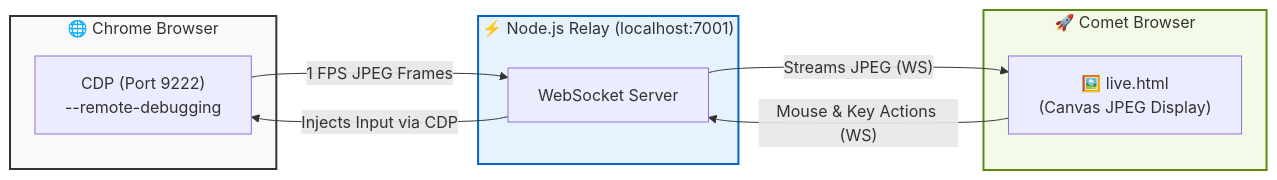
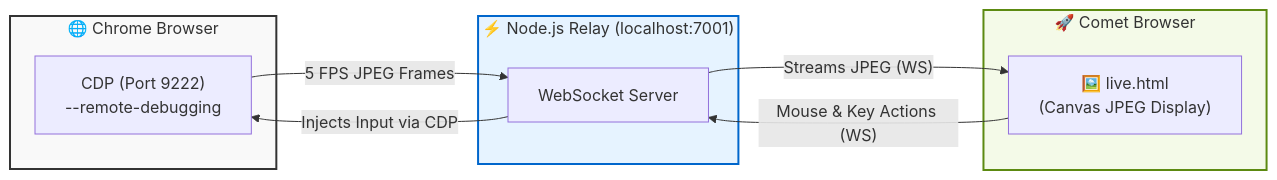
Before and after one commit to eonist/pplx-bridge: the diagram in README.md, drawn with Mermaid. The commit also changed other lines of this file, not shown here.

Commit message:
docs: fix FPS, action types, project structure, demo gif, remove non-existent scripts

````diff
--- a/README.md
+++ b/README.md
@@ -44,23 +43,23 @@
 ```mermaid
 flowchart LR
     subgraph Browser ["🌐 Chrome Browser"]
         CDP["CDP (Port 9222)<br/>--remote-debugging"]
     end
     
     subgraph Relay ["⚡ Node.js Relay (localhost:7001)"]
         WS["WebSocket Server"]
     end
     
     subgraph Viewer ["🚀 Comet Browser"]
         Canvas["🖼️ live.html<br/>(Canvas JPEG Display)"]
     end
     
-    CDP -- "1 FPS JPEG Frames" --> WS
+    CDP -- "5 FPS JPEG Frames" --> WS
     WS -- "Streams JPEG (WS)" --> Canvas
     Canvas -- "Mouse & Key Actions (WS)" --> WS
     WS -- "Injects Input via CDP" --> CDP
     
     style Browser fill:#f9f9f9,stroke:#333,stroke-width:2px
     style Relay fill:#e6f3ff,stroke:#0066cc,stroke-width:2px
     style Viewer fill:#f4fae8,stroke:#5c8a11,stroke-width:2px
 ```
````
